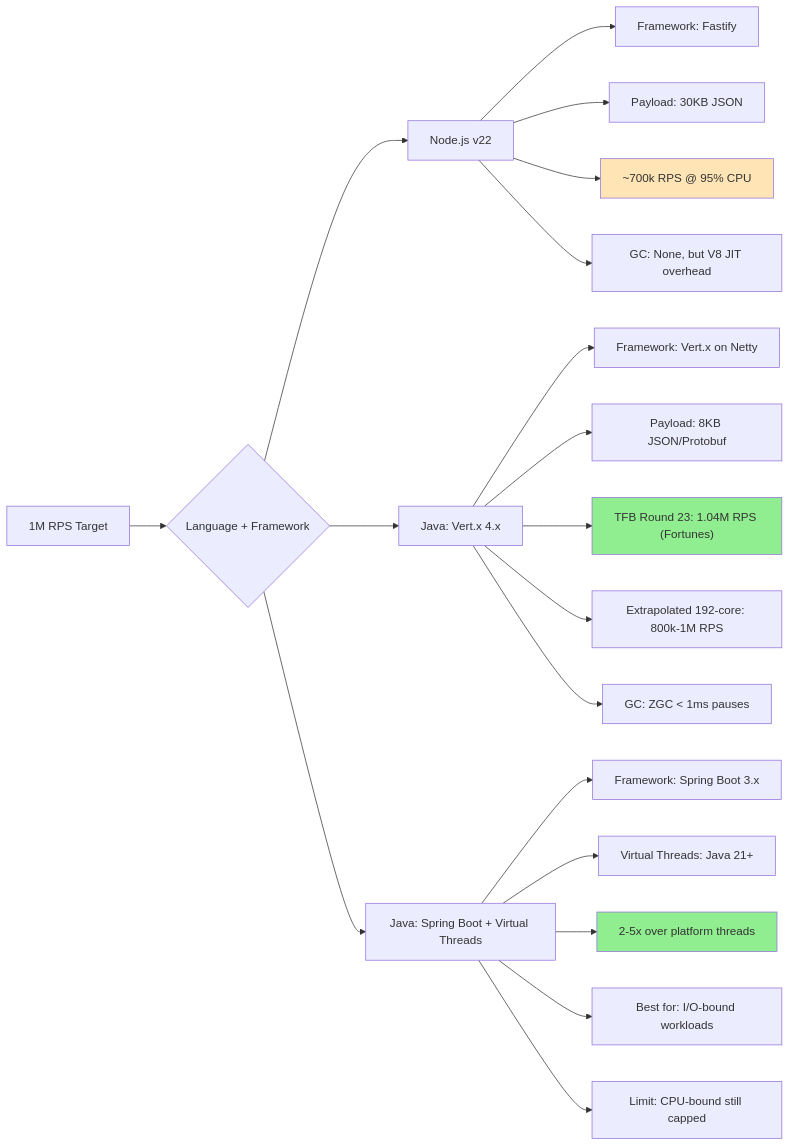
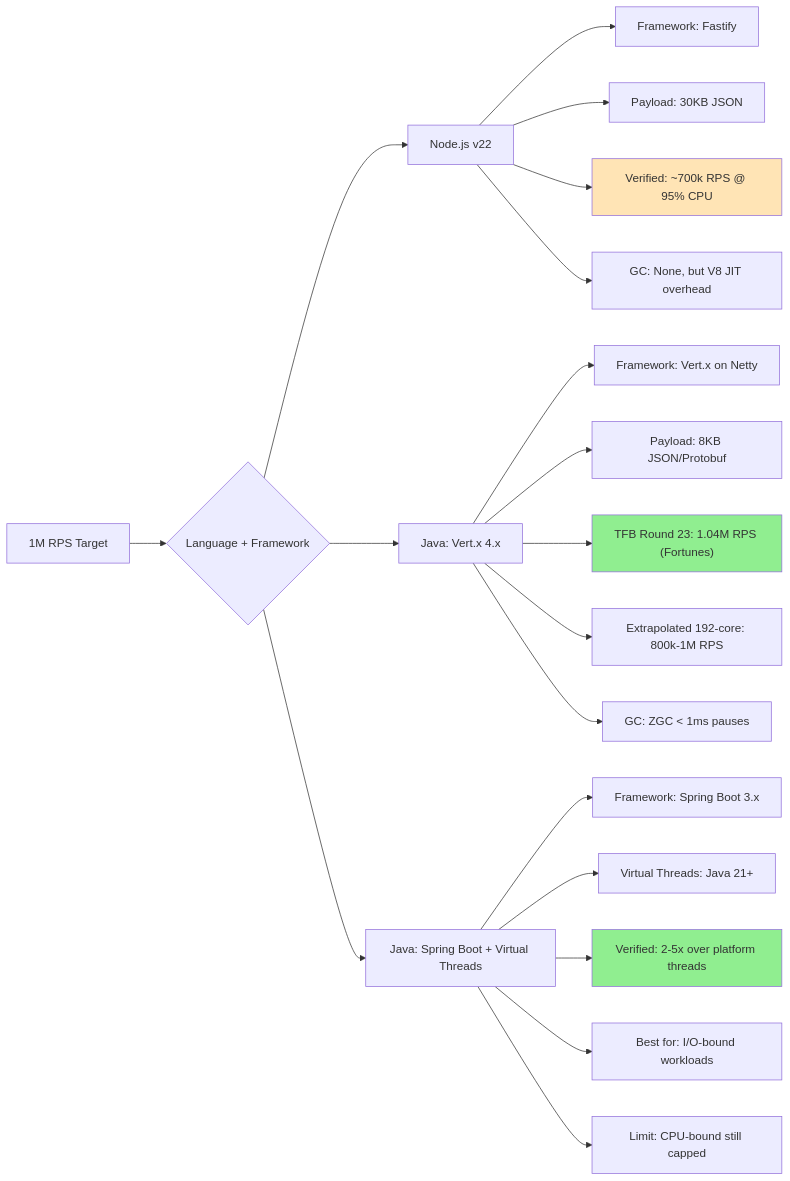
One commit to rsrini7/Learnings changed the third of 5 diagrams in Architecture/Scaling-1M-RPS-Java.md. Above: the diagram before and after it, drawn with Mermaid. The commit also changed other lines of this file, not shown here.

First line of the commit message:
docs: update architecture blueprint with benchmark corrections

````diff
--- a/Architecture/Scaling-1M-RPS-Java.md
+++ b/Architecture/Scaling-1M-RPS-Java.md
@@ -443,29 +443,29 @@
 ```mermaid
 graph LR
     A[1M RPS Target] --> B{Language + Framework}
     
     B --> C[Node.js v22]
     B --> D[Java: Vert.x 4.x]
     B --> E[Java: Spring Boot + Virtual Threads]
     
     C --> C1["Framework: Fastify"]
     C --> C2["Payload: 30KB JSON"]
-    C --> C3["~700k RPS @ 95% CPU"]
+    C --> C3["Verified: ~700k RPS @ 95% CPU"]
     C --> C4["GC: None, but V8 JIT overhead"]
     
     D --> D1["Framework: Vert.x on Netty"]
     D --> D2["Payload: 8KB JSON/Protobuf"]
     D --> D3["TFB Round 23: 1.04M RPS (Fortunes)"]
     D --> D4["Extrapolated 192-core: 800k-1M RPS"]
     D --> D5["GC: ZGC < 1ms pauses"]
     
     E --> E1["Framework: Spring Boot 3.x"]
     E --> E2["Virtual Threads: Java 21+"]
-    E --> E3["2-5x over platform threads"]
+    E --> E3["Verified: 2-5x over platform threads"]
     E --> E4["Best for: I/O-bound workloads"]
     E --> E5["Limit: CPU-bound still capped"]
     
     style C3 fill:#FFE4B5
     style D3 fill:#90EE90
     style E3 fill:#90EE90
 ```
````
